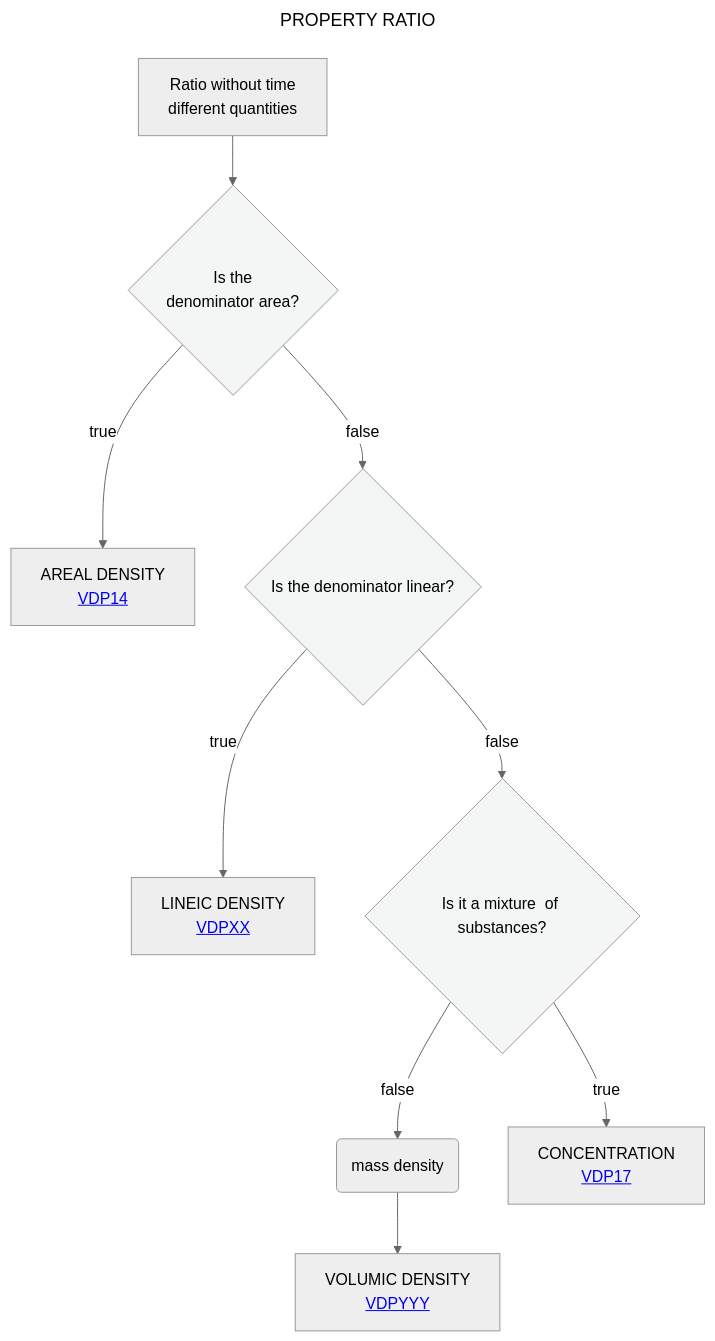
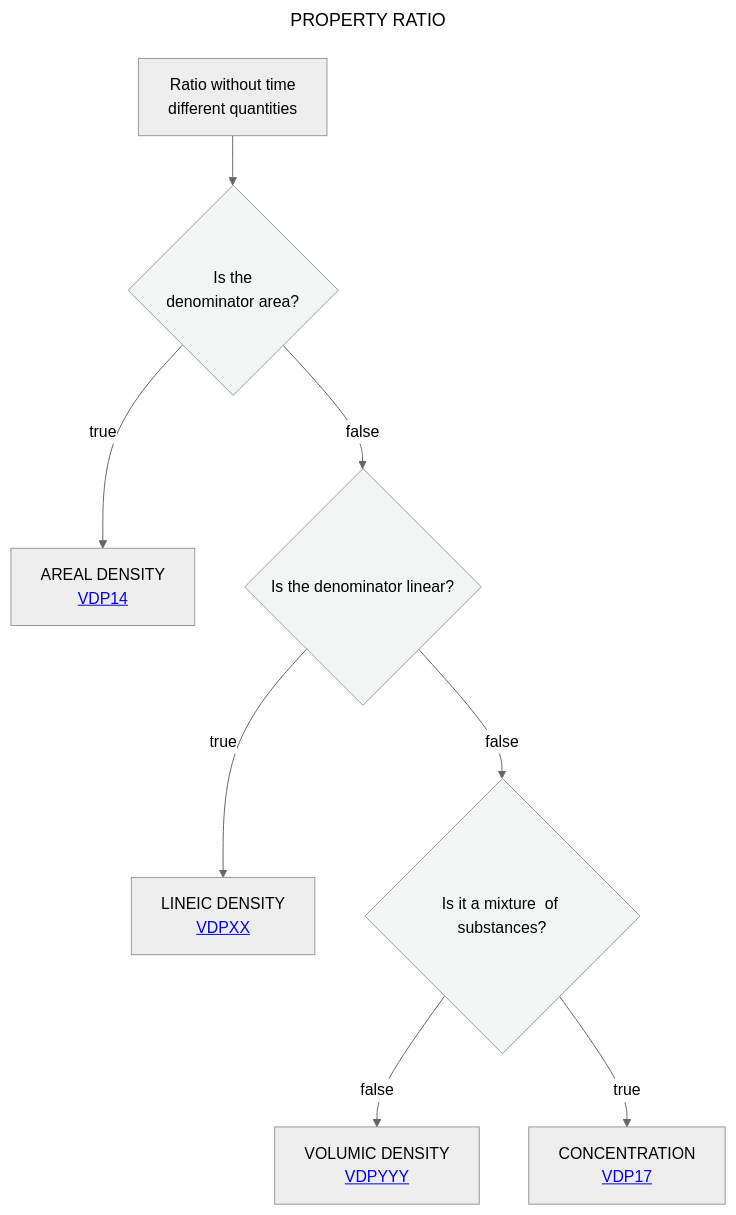
The diagram in Decisition_trees/DT4.mmd (mabablue/I-ADOPT-patterns-playground), drawn with Mermaid (neutral theme) before and after one commit.

```diff
--- a/Decisition_trees/DT4.mmd
+++ b/Decisition_trees/DT4.mmd
@@ -1,16 +1,15 @@
 ---
 title: PROPERTY RATIO
 ---
 flowchart TD
     A[Ratio without time <br> different quantities] --> B{Is the <br> denominator area?}:::white
     B --> |true|C[AREAL DENSITY <br> <a href='https://github.com/mabablue/I-ADOPT-patterns-playground/blob/main/pattern/VDP14.yaml'>VDP14</a>]
     B --> |false|DE{Is the denominator linear?}:::white
     DE --> |true|N[LINEIC DENSITY <br> <a href='https://github.com/mabablue/I-ADOPT-patterns-playground/blob/main/pattern/VDPXX.yaml'>VDPXX</a>]
     DE --> |false|E{Is it a mixture <be> of substances?}:::white
-    E --> |false|F(mass density)
-    F --> G[VOLUMIC DENSITY <br> <a href='https://github.com/mabablue/I-ADOPT-patterns-playground/blob/main/pattern/VDP20.yaml'>VDPYYY</a>]
+    E --> |false|G[VOLUMIC DENSITY <br> <a href='https://github.com/mabablue/I-ADOPT-patterns-playground/blob/main/pattern/VDP20.yaml'>VDPYYY</a>]
     E--> |true|H[CONCENTRATION <br> <a href='https://github.com/mabablue/I-ADOPT-patterns-playground/blob/main/pattern/VDP17.yaml'>VDP17</a>]
    classDef blue fill:#90D5FF
    classDef satblue fill:#57B9FF 
    classDef white fill:#f3f6f4
    classDef green fill:#6aa84f
```
